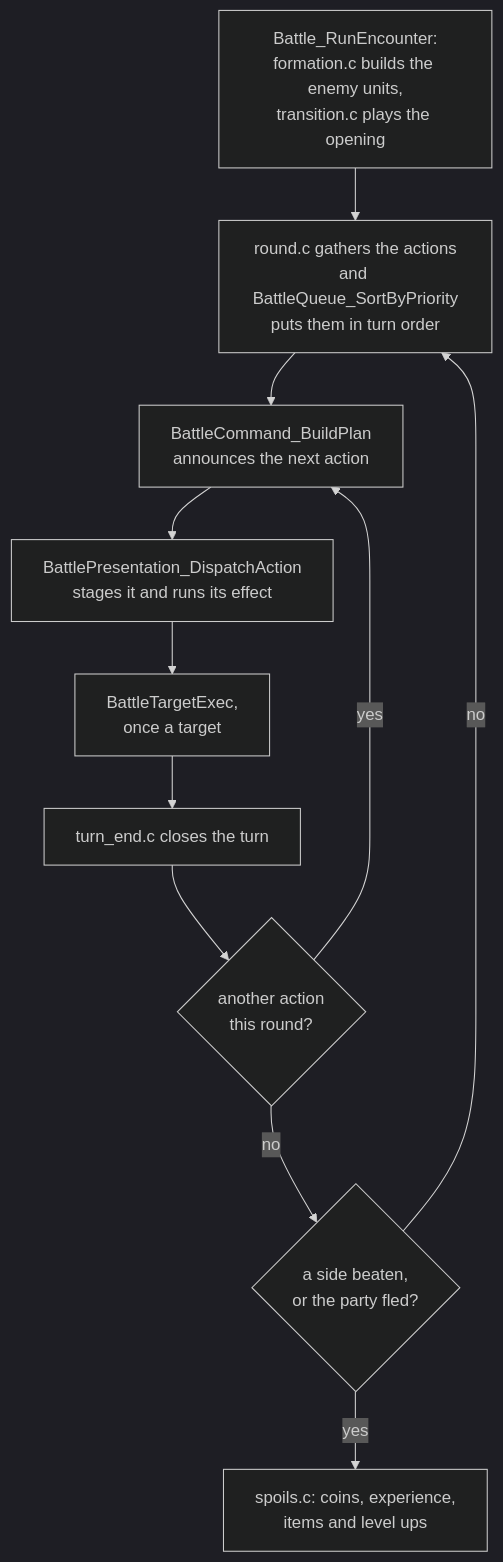
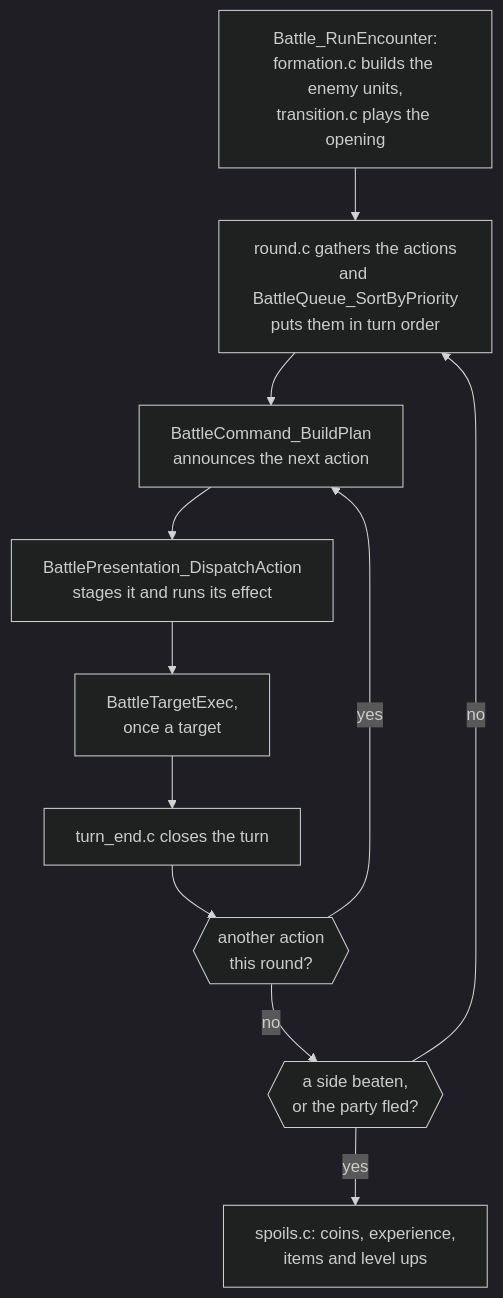
One commit to PascalPixel/alchemy changed the first of 2 diagrams in games/tbs/src/battle/README.md. Above: the diagram before and after it, drawn with Mermaid (dark theme). The commit also changed other lines of this file and 17 other files, not shown here.

First line of the commit message:
Docs: diagrams that draw on the site

````diff
--- a/games/tbs/src/battle/README.md
+++ b/games/tbs/src/battle/README.md
@@ -23,13 +23,13 @@
 ```mermaid
 flowchart TD
     start["Battle_RunEncounter:<br/>formation.c builds the enemy units,<br/>transition.c plays the opening"] --> gather
     gather["round.c gathers the actions<br/>and BattleQueue_SortByPriority<br/>puts them in turn order"] --> plan
     plan["BattleCommand_BuildPlan<br/>announces the next action"] --> stage
     stage["BattlePresentation_DispatchAction<br/>stages it and runs its effect"] --> exec
     exec["BattleTargetExec,<br/>once a target"] --> turnend
-    turnend["turn_end.c closes the turn"] --> more{"another action<br/>this round?"}
+    turnend["turn_end.c closes the turn"] --> more{{"another action<br/>this round?"}}
     more -->|yes| plan
-    more -->|no| over{"a side beaten,<br/>or the party fled?"}
+    more -->|no| over{{"a side beaten,<br/>or the party fled?"}}
     over -->|no| gather
     over -->|yes| spoils["spoils.c: coins, experience,<br/>items and level ups"]
 ```
````
